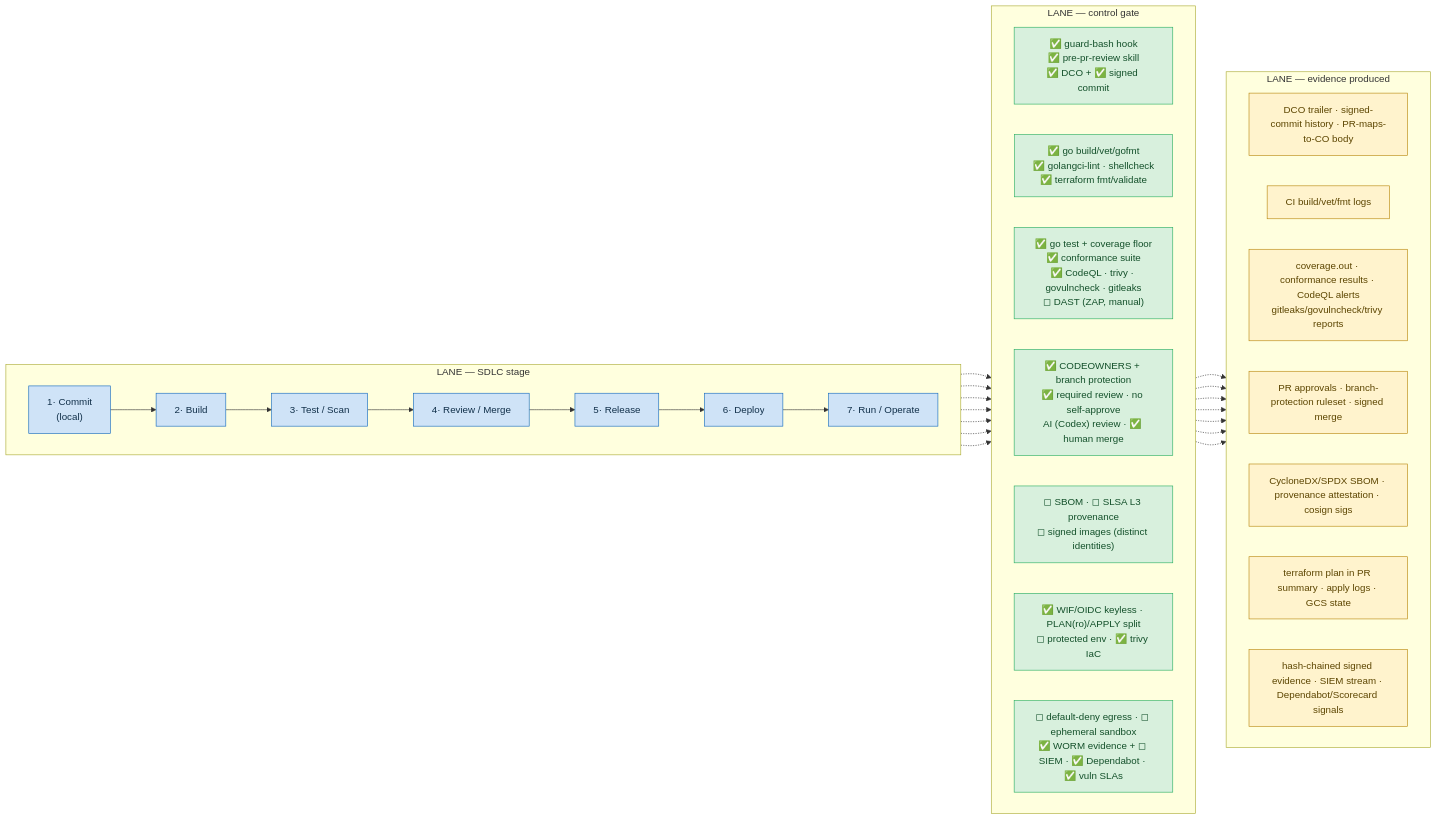
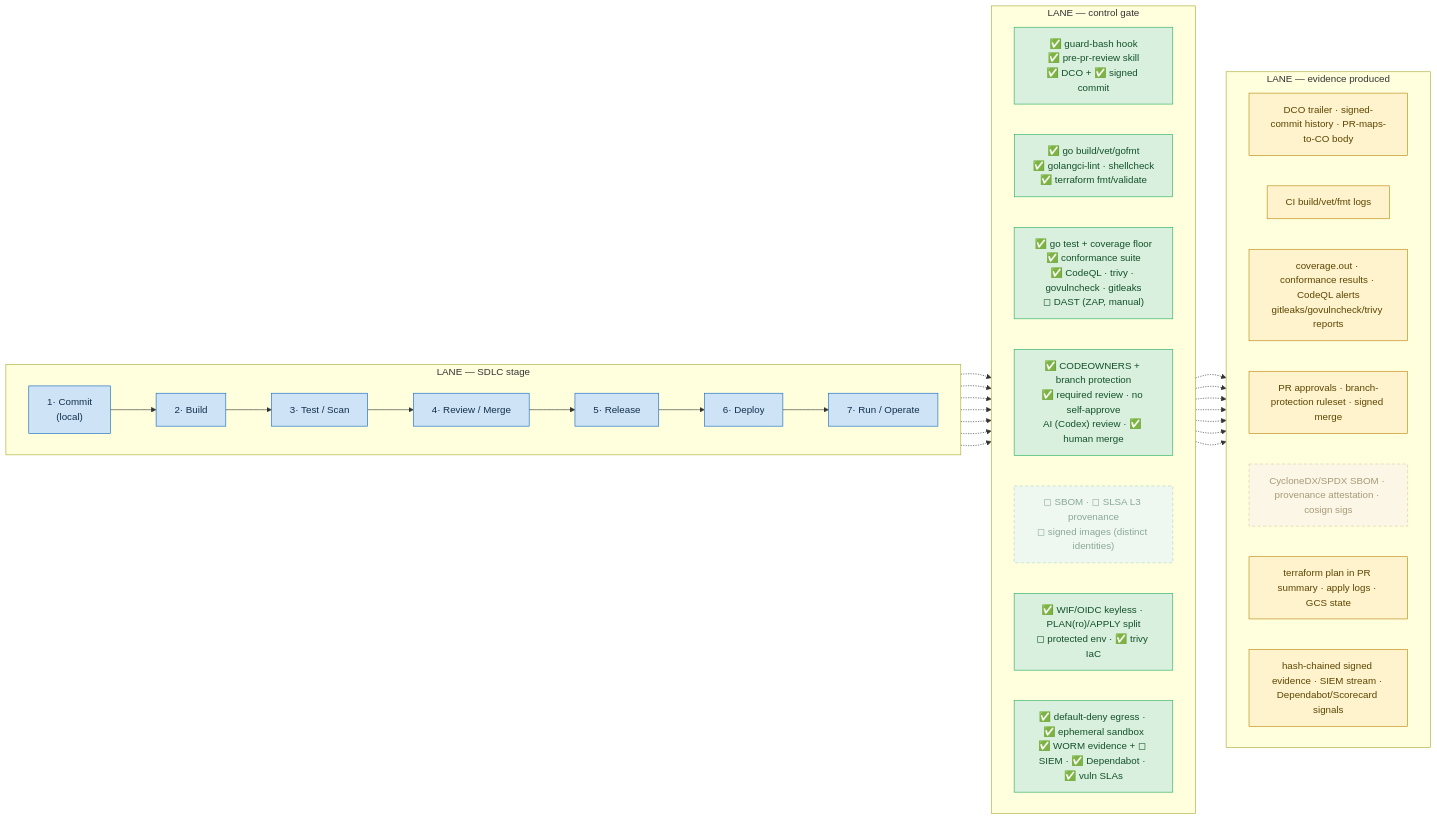
One commit to console7/console7 changed the diagram in docs/architecture/07-technology-lifecycle-controls.md. Above: the diagram before and after it, drawn with Mermaid. The commit also changed other lines of this file and 5 other files, not shown here.

````diff
--- a/docs/architecture/07-technology-lifecycle-controls.md
+++ b/docs/architecture/07-technology-lifecycle-controls.md
@@ -15,41 +15,46 @@
 ```mermaid
 flowchart LR
   subgraph L1["LANE — SDLC stage"]
     direction LR
     A1["1· Commit<br/>(local)"] --> A2["2· Build"] --> A3["3· Test / Scan"] --> A4["4· Review / Merge"] --> A5["5· Release"] --> A6["6· Deploy"] --> A7["7· Run / Operate"]
   end
   subgraph L2["LANE — control gate"]
     direction LR
     G1["✅ guard-bash hook<br/>✅ pre-pr-review skill<br/>✅ DCO + ✅ signed commit"]
     G2["✅ go build/vet/gofmt<br/>✅ golangci-lint · shellcheck<br/>✅ terraform fmt/validate"]
     G3["✅ go test + coverage floor<br/>✅ conformance suite<br/>✅ CodeQL · trivy · govulncheck · gitleaks<br/>◻ DAST (ZAP, manual)"]
     G4["✅ CODEOWNERS + branch protection<br/>✅ required review · no self-approve<br/>AI (Codex) review · ✅ human merge"]
     G5["◻ SBOM · ◻ SLSA L3 provenance<br/>◻ signed images (distinct identities)"]
     G6["✅ WIF/OIDC keyless · PLAN(ro)/APPLY split<br/>◻ protected env · ✅ trivy IaC"]
-    G7["◻ default-deny egress · ◻ ephemeral sandbox<br/>✅ WORM evidence + ◻ SIEM · ✅ Dependabot · ✅ vuln SLAs"]
+    G7["✅ default-deny egress · ✅ ephemeral sandbox<br/>✅ WORM evidence + ◻ SIEM · ✅ Dependabot · ✅ vuln SLAs"]
   end
   subgraph L3["LANE — evidence produced"]
     direction LR
     E1["DCO trailer · signed-commit history · PR-maps-to-CO body"]
     E2["CI build/vet/fmt logs"]
     E3["coverage.out · conformance results · CodeQL alerts<br/>gitleaks/govulncheck/trivy reports"]
     E4["PR approvals · branch-protection ruleset · signed merge"]
     E5["CycloneDX/SPDX SBOM · provenance attestation · cosign sigs"]
     E6["terraform plan in PR summary · apply logs · GCS state"]
     E7["hash-chained signed evidence · SIEM stream · Dependabot/Scorecard signals"]
   end
   A1 -.-> G1 -.-> E1
   A2 -.-> G2 -.-> E2
   A3 -.-> G3 -.-> E3
   A4 -.-> G4 -.-> E4
   A5 -.-> G5 -.-> E5
   A6 -.-> G6 -.-> E6
   A7 -.-> G7 -.-> E7
 
   classDef stage fill:#cfe3f7,stroke:#1168bd,color:#11304a;
   classDef gate fill:#d8f0dd,stroke:#27ae60,color:#13502a;
+  classDef gatePlan fill:#eef8f1,stroke:#abd7ba,color:#8aa896,stroke-dasharray:5 4;
   classDef evid fill:#fff3cd,stroke:#b8860b,color:#5c4500;
+  classDef evidPlan fill:#fbf6e6,stroke:#ddc99c,color:#a89a78,stroke-dasharray:5 4;
+  %% faded + dashed = target state (not yet coded & landed); solid = implemented & landed
   class A1,A2,A3,A4,A5,A6,A7 stage;
-  class G1,G2,G3,G4,G5,G6,G7 gate;
-  class E1,E2,E3,E4,E5,E6,E7 evid;
+  class G1,G2,G3,G4,G6,G7 gate;
+  class G5 gatePlan;
+  class E1,E2,E3,E4,E6,E7 evid;
+  class E5 evidPlan;
 ```
````
